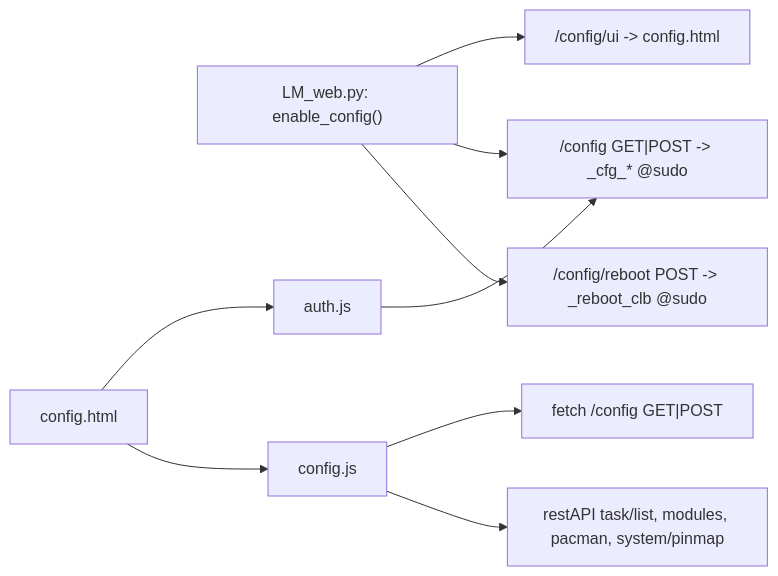
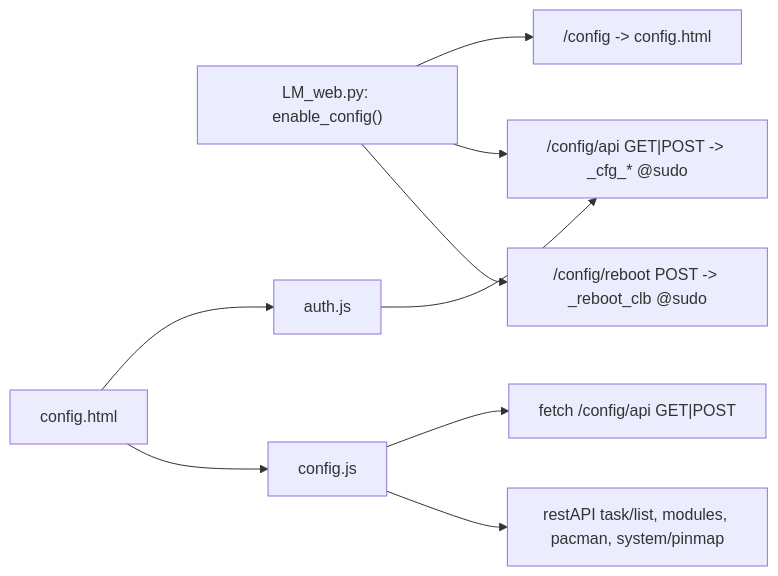
One commit to BxNxM/micrOS changed the fifth of 10 diagrams in micrOS/ARCHITECTURE.md. Above: the diagram before and after it, drawn with Mermaid. The commit also changed other lines of this file and 14 other files, not shown here.

````diff
--- a/micrOS/ARCHITECTURE.md
+++ b/micrOS/ARCHITECTURE.md
@@ -268,11 +284,11 @@
 ```mermaid
 flowchart LR
-    A["LM_web.py: enable_config()"] --> B["/config/ui -> config.html"]
-    A --> C["/config GET|POST -> _cfg_* @sudo"]
+    A["LM_web.py: enable_config()"] --> B["/config -> config.html"]
+    A --> C["/config/api GET|POST -> _cfg_* @sudo"]
     A --> D["/config/reboot POST -> _reboot_clb @sudo"]
     E["config.html"] --> F["auth.js"]
     E --> G["config.js"]
-    G --> H["fetch /config GET|POST"]
+    G --> H["fetch /config/api GET|POST"]
     G --> I["restAPI task/list, modules, pacman, system/pinmap"]
     F --> C
 ```
````
